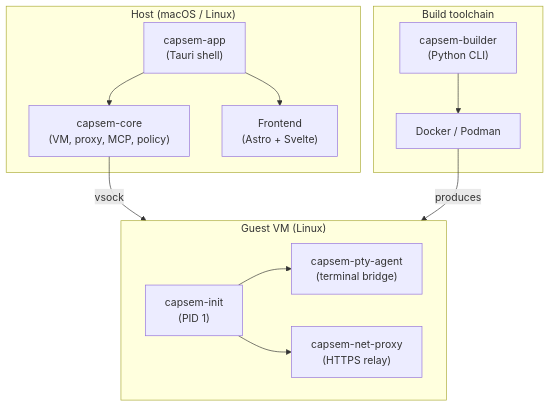
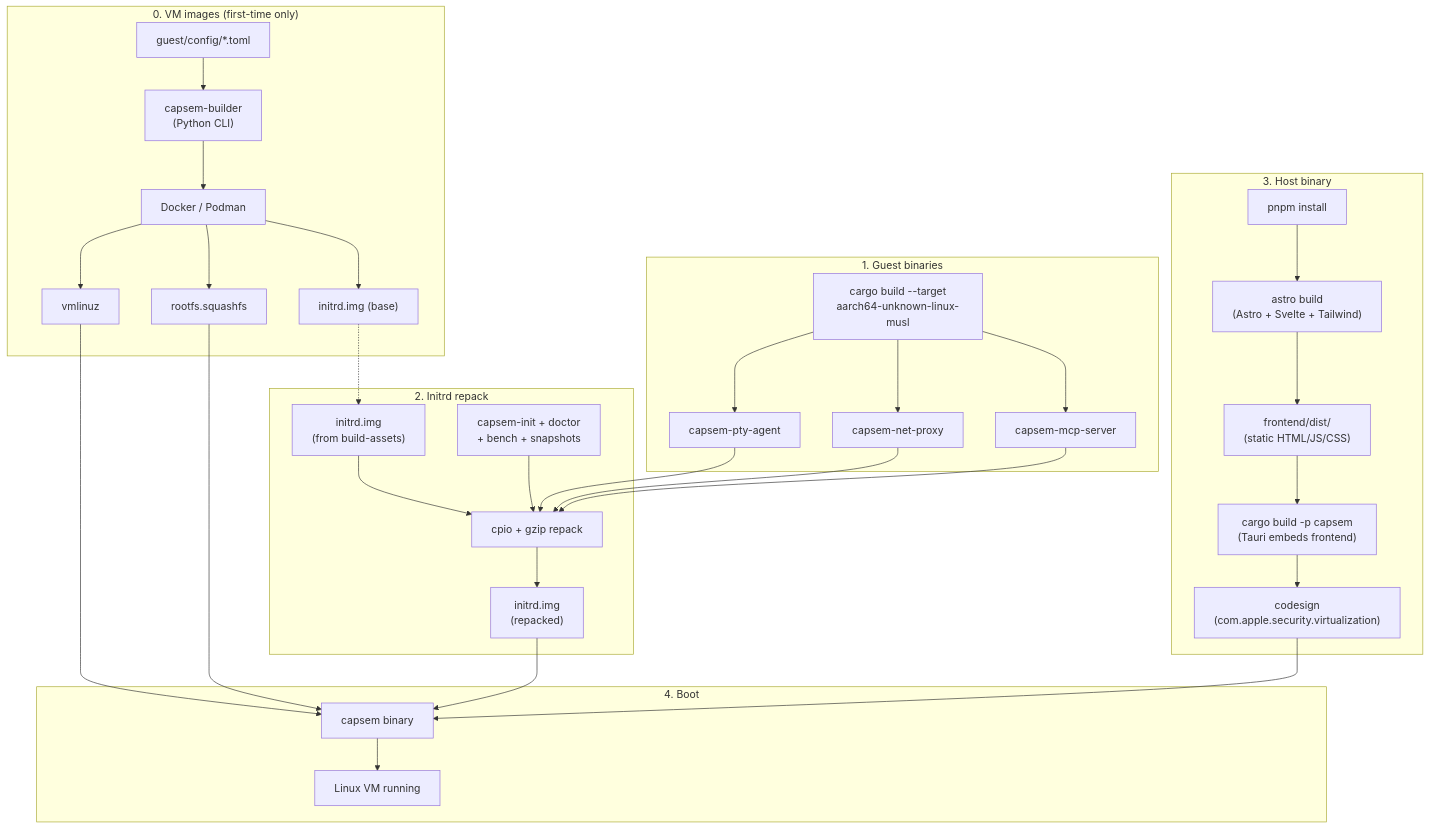
The diagram in site/src/content/docs/development/stack.md (google/capsem), drawn with Mermaid before and after one commit. The commit also changed other lines of this file and 3 other files, not shown here.

````diff
--- a/site/src/content/docs/development/stack.md
+++ b/site/src/content/docs/development/stack.md
@@ -12,28 +12,49 @@
 ```mermaid
 flowchart TD
-    subgraph Host["Host (macOS / Linux)"]
-        APP["capsem-app\n(Tauri shell)"]
-        CORE["capsem-core\n(VM, proxy, MCP, policy)"]
-        FE["Frontend\n(Astro + Svelte)"]
-        APP --> CORE
-        APP --> FE
+    subgraph stage1["1. Guest binaries"]
+        CARGO_CROSS["cargo build --target\naarch64-unknown-linux-musl"]
+        AGENT["capsem-pty-agent"]
+        NETPROXY["capsem-net-proxy"]
+        MCP["capsem-mcp-server"]
+        CARGO_CROSS --> AGENT & NETPROXY & MCP
     end
 
-    subgraph VM["Guest VM (Linux)"]
-        INIT["capsem-init\n(PID 1)"]
-        AGENT["capsem-pty-agent\n(terminal bridge)"]
-        PROXY["capsem-net-proxy\n(HTTPS relay)"]
-        INIT --> AGENT
-        INIT --> PROXY
+    subgraph stage2["2. Initrd repack"]
+        INITRD_IN["initrd.img\n(from build-assets)"]
+        SCRIPTS["capsem-init + doctor\n+ bench + snapshots"]
+        REPACK["cpio + gzip repack"]
+        INITRD_IN --> REPACK
+        AGENT & NETPROXY & MCP --> REPACK
+        SCRIPTS --> REPACK
+        REPACK --> INITRD_OUT["initrd.img\n(repacked)"]
     end
 
-    CORE -- "vsock" --> VM
+    subgraph stage3["3. Host binary"]
+        PNPM["pnpm install"]
+        ASTRO["astro build\n(Astro + Svelte + Tailwind)"]
+        DIST["frontend/dist/\n(static HTML/JS/CSS)"]
+        CARGO_HOST["cargo build -p capsem\n(Tauri embeds frontend)"]
+        PNPM --> ASTRO --> DIST --> CARGO_HOST
+        CARGO_HOST --> SIGN["codesign\n(com.apple.security.virtualization)"]
+    end
 
-    subgraph Build["Build toolchain"]
+    subgraph stage0["0. VM images (first-time only)"]
+        TOML["guest/config/*.toml"]
         BUILDER["capsem-builder\n(Python CLI)"]
         DOCKER["Docker / Podman"]
-        BUILDER --> DOCKER
+        TOML --> BUILDER --> DOCKER
+        DOCKER --> VMLINUZ["vmlinuz"]
+        DOCKER --> ROOTFS["rootfs.squashfs"]
+        DOCKER --> INITRD_BASE["initrd.img (base)"]
     end
 
-    DOCKER -- "produces" --> VM
+    INITRD_BASE -.-> INITRD_IN
+
+    subgraph stage4["4. Boot"]
+        SIGN --> BOOT["capsem binary"]
+        INITRD_OUT --> BOOT
+        VMLINUZ --> BOOT
+        ROOTFS --> BOOT
+        BOOT --> VM["Linux VM running"]
+    end
 ```
````
